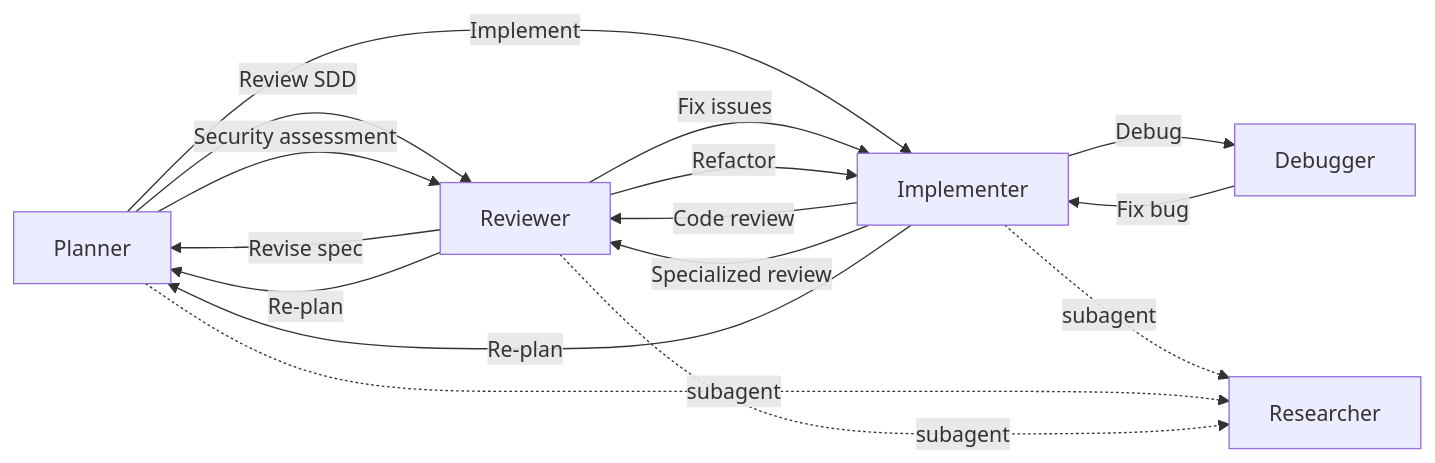
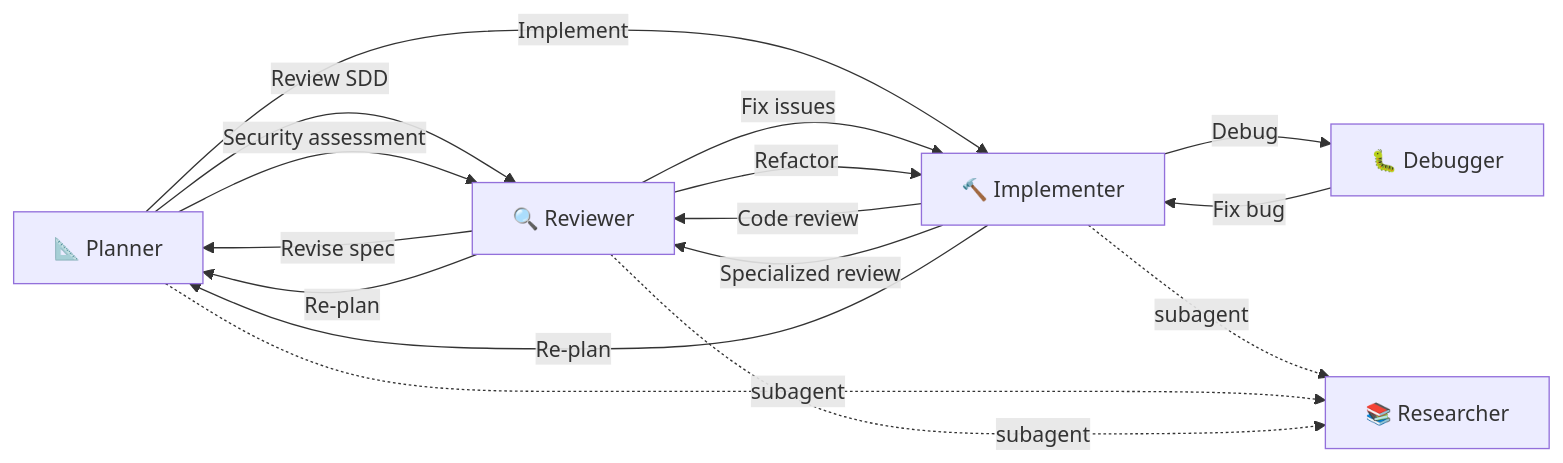
Before and after one commit to zexion7873/copilot-setting: the second of 2 diagrams in README.md, drawn with Mermaid. The commit also changed other lines of this file and 1 other file, not shown here.

Commit message:
docs(readme): add emoji icons to How It Works table and Agent Handoffs mermaid

````diff
--- a/README.md
+++ b/README.md
@@ -129,22 +129,22 @@
 ```mermaid
 flowchart LR
-    Planner -->|"Review SDD"| Reviewer
+    Planner["📐 Planner"] -->|"Review SDD"| Reviewer
     Planner -->|"Implement"| Implementer
     Planner -->|"Security assessment"| Reviewer
 
-    Implementer -->|"Code review"| Reviewer
+    Implementer["🔨 Implementer"] -->|"Code review"| Reviewer
     Implementer -->|"Specialized review"| Reviewer
     Implementer -->|"Debug"| Debugger
     Implementer -->|"Re-plan"| Planner
 
-    Reviewer -->|"Fix issues"| Implementer
+    Reviewer["🔍 Reviewer"] -->|"Fix issues"| Implementer
     Reviewer -->|"Refactor"| Implementer
     Reviewer -->|"Revise spec"| Planner
     Reviewer -->|"Re-plan"| Planner
 
-    Debugger -->|"Fix bug"| Implementer
+    Debugger["🐛 Debugger"] -->|"Fix bug"| Implementer
 
-    Implementer -.->|"subagent"| Researcher
+    Implementer -.->|"subagent"| Researcher["📚 Researcher"]
     Planner -.->|"subagent"| Researcher
     Reviewer -.->|"subagent"| Researcher
 ```
````
